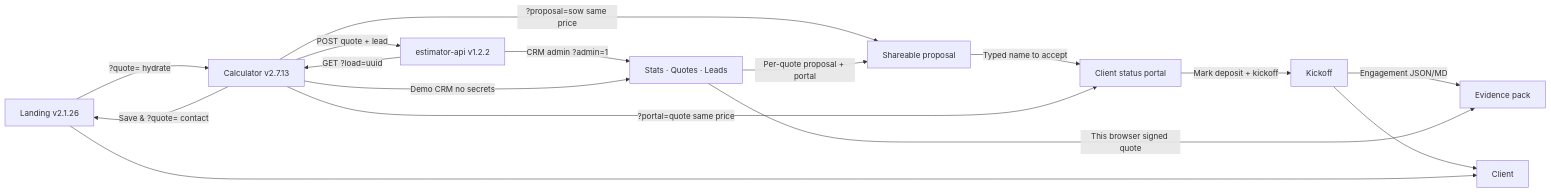
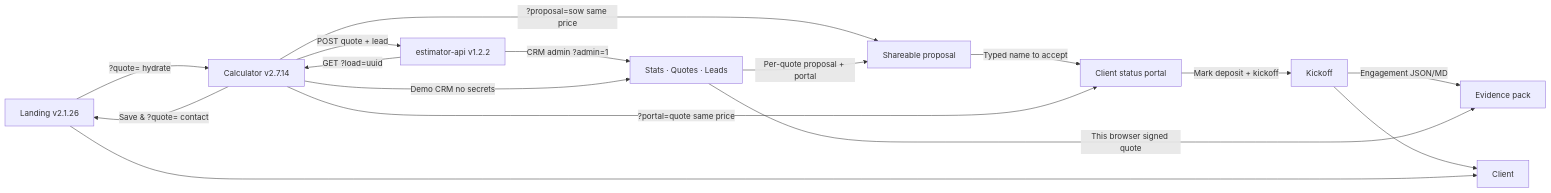
The diagram in README.md (pixellayer7-jpg/pixellayer7-jpg), drawn with Mermaid before and after one commit. The commit also changed other lines of this file and 4 other files, not shown here.

````diff
--- a/README.md
+++ b/README.md
@@ -21,18 +21,18 @@
 ```mermaid
 flowchart LR
-  A[Landing v2.1.26] -->|?quote= hydrate| B[Calculator v2.7.13]
+  A[Landing v2.1.26] -->|?quote= hydrate| B[Calculator v2.7.14]
   B -->|Save & ?quote= contact| A
   B -->|?proposal=sow same price| R[Shareable proposal]
   R -->|Typed name to accept| P[Client status portal]
   P -->|Mark deposit + kickoff| K[Kickoff]
   K -->|Engagement JSON/MD| X[Evidence pack]
   B -->|?portal=quote same price| P
   B -->|POST quote + lead| D[estimator-api v1.2.2]
   D -->|CRM admin ?admin=1| E[Stats · Quotes · Leads]
   B -->|Demo CRM no secrets| E
   E -->|This browser signed quote| X
   E -->|Per-quote proposal + portal| R
   K --> F[Client]
   D -->|GET ?load=uuid| B
   A --> F[Client]
 ```
````
